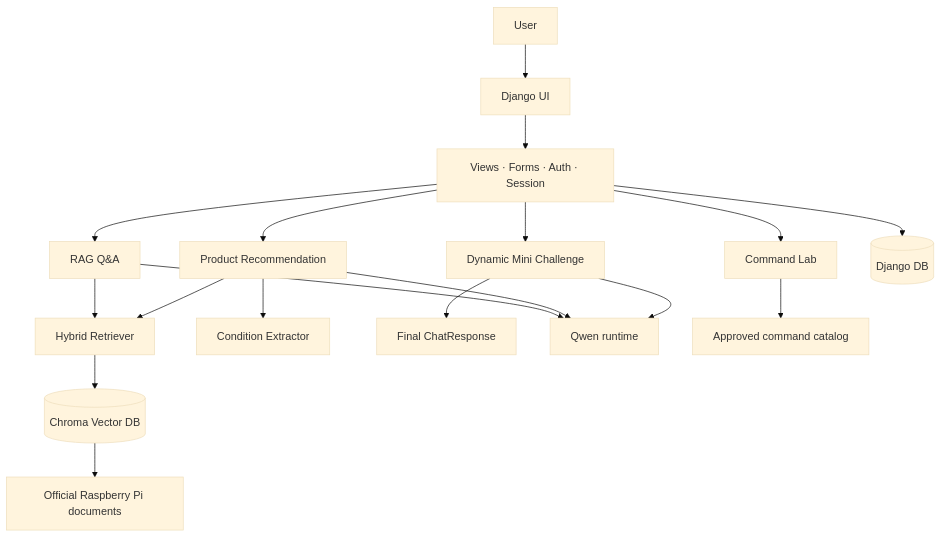
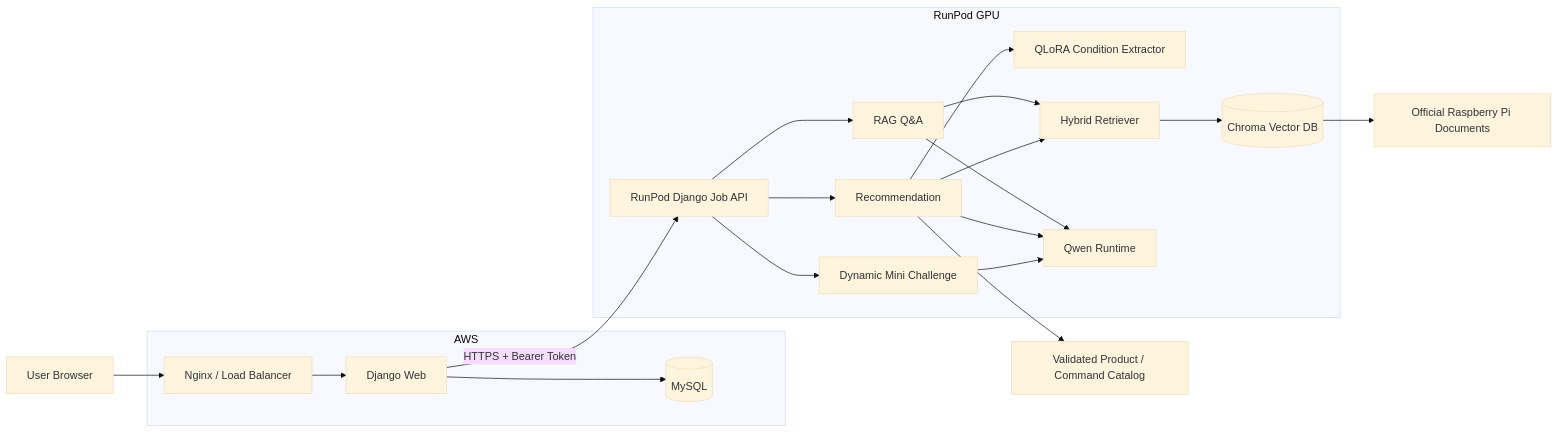
Before and after one commit to skn-33-Raspberry-Pi-Assistant-4th/skn_33_4th_5team: the diagram in README.md, drawn with Mermaid (base theme). The commit also changed other lines of this file and 1 other file, not shown here.

````diff
--- a/README.md
+++ b/README.md
@@ -32,21 +110,43 @@
 ```mermaid
-flowchart TB
-    U[User] --> F[Django UI]
-    F --> B[Views · Forms · Auth · Session]
-    B --> QA[RAG Q&A]
-    B --> REC[Product Recommendation]
-    B --> LAB[Command Lab]
-    B --> QUIZ[Dynamic Mini Challenge]
-    B --> DB[(Django DB)]
+flowchart LR
+    U[User Browser]
 
-    QA --> HR[Hybrid Retriever]
-    REC --> CE[Condition Extractor]
-    REC --> HR
-    QUIZ --> QAOUT[Final ChatResponse]
-    QA --> QW[Qwen runtime]
+    subgraph AWS[AWS]
+        D[Django Web]
+        DB[(MySQL)]
+        N[Nginx / Load Balancer]
+    end
+
+    subgraph RP[RunPod GPU]
+        API[RunPod Django Job API]
+        QA[RAG Q&A]
+        REC[Recommendation]
+        QUIZ[Dynamic Mini Challenge]
+        CE[QLoRA Condition Extractor]
+        RET[Hybrid Retriever]
+        QW[Qwen Runtime]
+        VD[(Chroma Vector DB)]
+    end
+
+    DOC[Official Raspberry Pi Documents]
+    CAT[Validated Product / Command Catalog]
+
+    U --> N --> D
+    D --> DB
+    D -->|HTTPS + Bearer Token| API
+
+    API --> QA
+    API --> REC
+    API --> QUIZ
+
+    REC --> CE
+    QA --> RET
+    REC --> RET
+    QA --> QW
     REC --> QW
     QUIZ --> QW
-    HR --> VD[(Chroma Vector DB)]
-    VD --> DOC[Official Raspberry Pi documents]
-    LAB --> CAT[Approved command catalog]
+
+    RET --> VD
+    VD --> DOC
+    REC --> CAT
 ```
````
